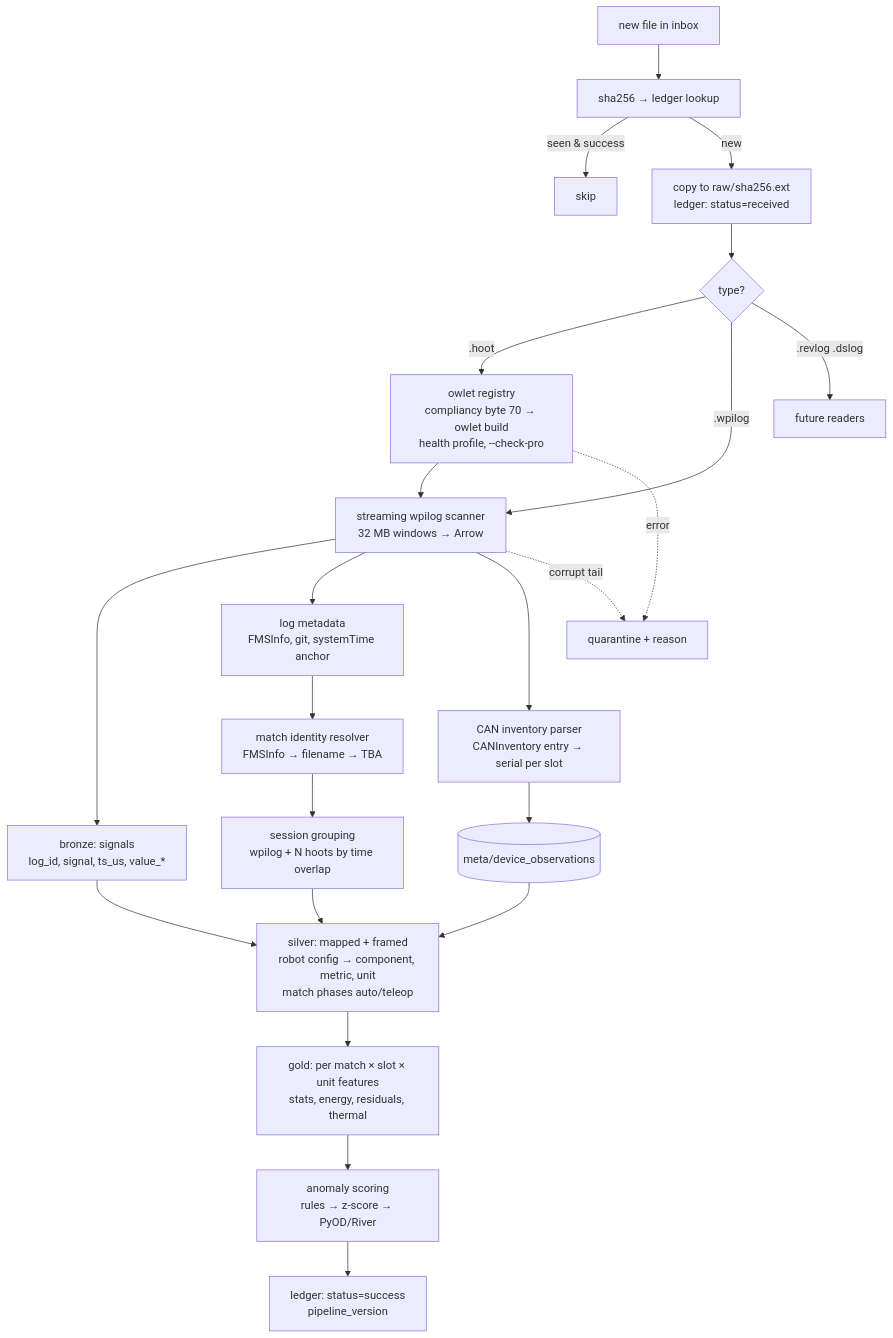
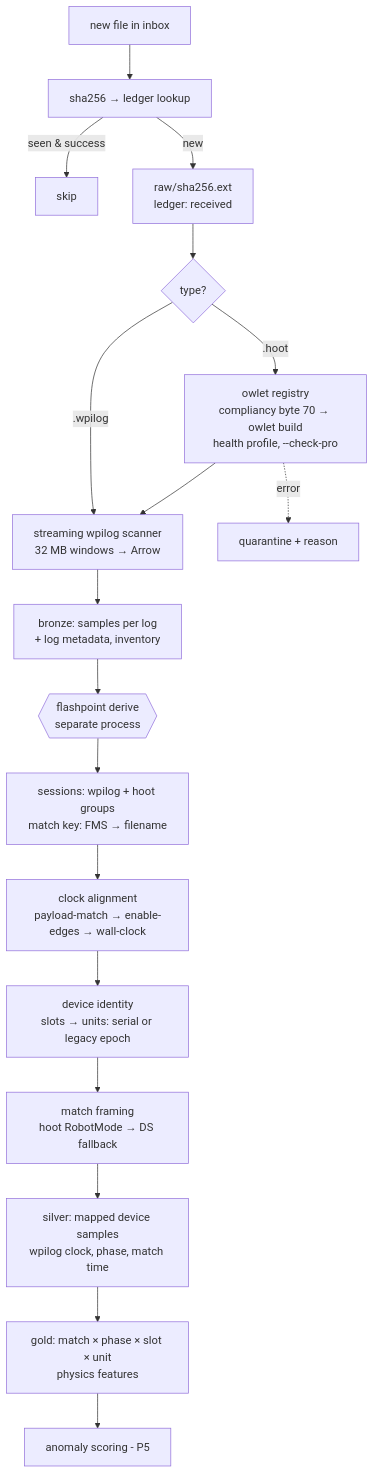
One commit to IgniteRobotics/flashpoint changed the second of 3 diagrams in docs/rewrite/05-target-architecture.md. Above: the diagram before and after it, drawn with Mermaid. The commit also changed other lines of this file and 7 other files, not shown here.

First line of the commit message:
docs(p2): ADR-0012 clock alignment, ADR-0011 notes, architecture, roadmap, README

````diff
--- a/docs/rewrite/05-target-architecture.md
+++ b/docs/rewrite/05-target-architecture.md
@@ -51,25 +51,20 @@
 ```mermaid
 flowchart TD
     F[new file in inbox] --> H[sha256 → ledger lookup]
     H -->|seen & success| SKIP[skip]
-    H -->|new| RAW[copy to raw/sha256.ext<br>ledger: status=received]
+    H -->|new| RAW[raw/sha256.ext<br>ledger: received]
     RAW --> T{type?}
     T -->|.hoot| OV[owlet registry<br>compliancy byte 70 → owlet build<br>health profile, --check-pro]
     T -->|.wpilog| RD
-    T -->|.revlog .dslog| LATER[future readers]
     OV --> RD[streaming wpilog scanner<br>32 MB windows → Arrow]
-    RD --> B[bronze: signals<br>log_id, signal, ts_us, value_*]
-    RD --> META[log metadata<br>FMSInfo, git, systemTime anchor]
-    RD --> INV[CAN inventory parser<br>CANInventory entry → serial per slot]
-    INV --> UNITS[(meta/device_observations)]
-    META --> ID[match identity resolver<br>FMSInfo → filename → TBA]
-    ID --> GRP[session grouping<br>wpilog + N hoots by time overlap]
-    B --> SIL[silver: mapped + framed<br>robot config → component, metric, unit<br>match phases auto/teleop]
-    GRP --> SIL
-    UNITS --> SIL
-    SIL --> GOLD[gold: per match × slot × unit features<br>stats, energy, residuals, thermal]
-    GOLD --> AN[anomaly scoring<br>rules → z-score → PyOD/River]
-    AN --> LED[ledger: status=success<br>pipeline_version]
+    RD --> B[bronze: samples per log<br>+ log metadata, inventory]
     OV -. error .-> Q[quarantine + reason]
-    RD -. corrupt tail .-> Q
+    B --> DER{{flashpoint derive<br>separate process}}
+    DER --> SES[sessions: wpilog + hoot groups<br>match key: FMS → filename]
+    SES --> AL[clock alignment<br>payload-match → enable-edges → wall-clock]
+    AL --> ID[device identity<br>slots → units: serial or legacy epoch]
+    ID --> FR[match framing<br>hoot RobotMode → DS fallback]
+    FR --> SIL[silver: mapped device samples<br>wpilog clock, phase, match time]
+    SIL --> GOLD[gold: match × phase × slot × unit<br>physics features]
+    GOLD --> AN["anomaly scoring - P5"]
 ```
````
